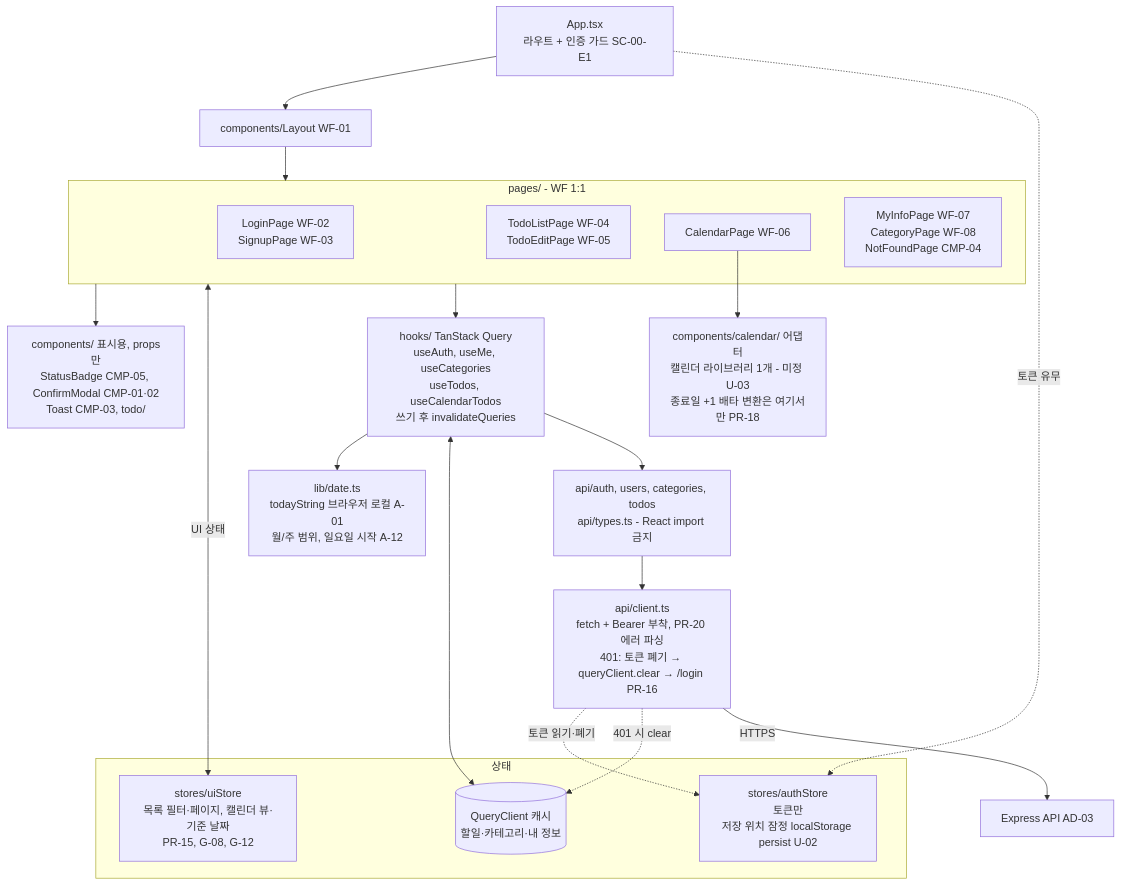
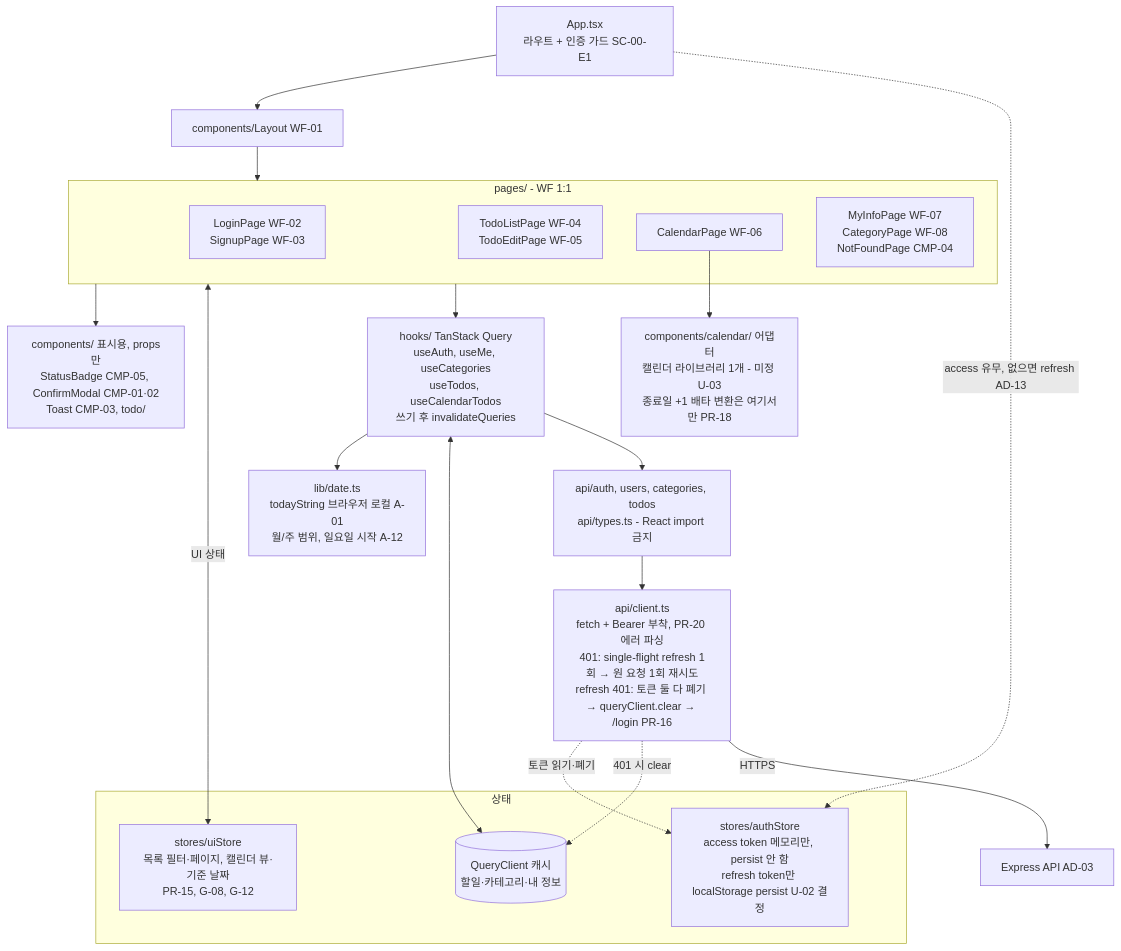
One commit to chaenamo/todolist-app changed the second of 12 diagrams in docs/6-arch-diagram.md. Above: the diagram before and after it, drawn with Mermaid. The commit also changed other lines of this file and 8 other files, not shown here.

First line of the commit message:
docs: ERD·DDL·실행 계획·Swagger 스펙 추가 및 인증 설계(HS384 + refresh token) 반영

````diff
--- a/docs/6-arch-diagram.md
+++ b/docs/6-arch-diagram.md
@@ -70,40 +76,40 @@
 ```mermaid
 flowchart TB
     APP["App.tsx<br/>라우트 + 인증 가드 SC-00-E1"]
     LAYOUT["components/Layout WF-01"]
 
     subgraph PAGES["pages/ - WF 1:1"]
         PA["LoginPage WF-02<br/>SignupPage WF-03"]
         PT["TodoListPage WF-04<br/>TodoEditPage WF-05"]
         PC["CalendarPage WF-06"]
         PM["MyInfoPage WF-07<br/>CategoryPage WF-08<br/>NotFoundPage CMP-04"]
     end
 
     COMP["components/ 표시용, props만<br/>StatusBadge CMP-05, ConfirmModal CMP-01·02<br/>Toast CMP-03, todo/"]
     CALAD["components/calendar/ 어댑터<br/>캘린더 라이브러리 1개 - 미정 U-03<br/>종료일 +1 배타 변환은 여기서만 PR-18"]
     LIB["lib/date.ts<br/>todayString 브라우저 로컬 A-01<br/>월/주 범위, 일요일 시작 A-12"]
 
     subgraph STATE["상태"]
-        AUTHS["stores/authStore<br/>토큰만<br/>저장 위치 잠정 localStorage persist U-02"]
+        AUTHS["stores/authStore<br/>access token 메모리만, persist 안 함<br/>refresh token만 localStorage persist U-02 결정"]
         UIS["stores/uiStore<br/>목록 필터·페이지, 캘린더 뷰·기준 날짜<br/>PR-15, G-08, G-12"]
         QC[("QueryClient 캐시<br/>할일·카테고리·내 정보")]
     end
 
     HOOKS["hooks/ TanStack Query<br/>useAuth, useMe, useCategories<br/>useTodos, useCalendarTodos<br/>쓰기 후 invalidateQueries"]
     APIR["api/auth, users, categories, todos<br/>api/types.ts - React import 금지"]
-    CLIENT["api/client.ts<br/>fetch + Bearer 부착, PR-20 에러 파싱<br/>401: 토큰 폐기 → queryClient.clear → /login PR-16"]
+    CLIENT["api/client.ts<br/>fetch + Bearer 부착, PR-20 에러 파싱<br/>401: single-flight refresh 1회 → 원 요청 1회 재시도<br/>refresh 401: 토큰 둘 다 폐기 → queryClient.clear → /login PR-16"]
     BE["Express API AD-03"]
 
     APP --> LAYOUT --> PAGES
-    APP -.->|"토큰 유무"| AUTHS
+    APP -.->|"access 유무, 없으면 refresh AD-13"| AUTHS
     PAGES --> COMP
     PC --> CALAD
     PAGES <-->|"UI 상태"| UIS
     PAGES --> HOOKS
     HOOKS --> LIB
     HOOKS <--> QC
     HOOKS --> APIR --> CLIENT
     CLIENT -.->|"토큰 읽기·폐기"| AUTHS
     CLIENT -.->|"401 시 clear"| QC
     CLIENT -->|"HTTPS"| BE
 ```
````
